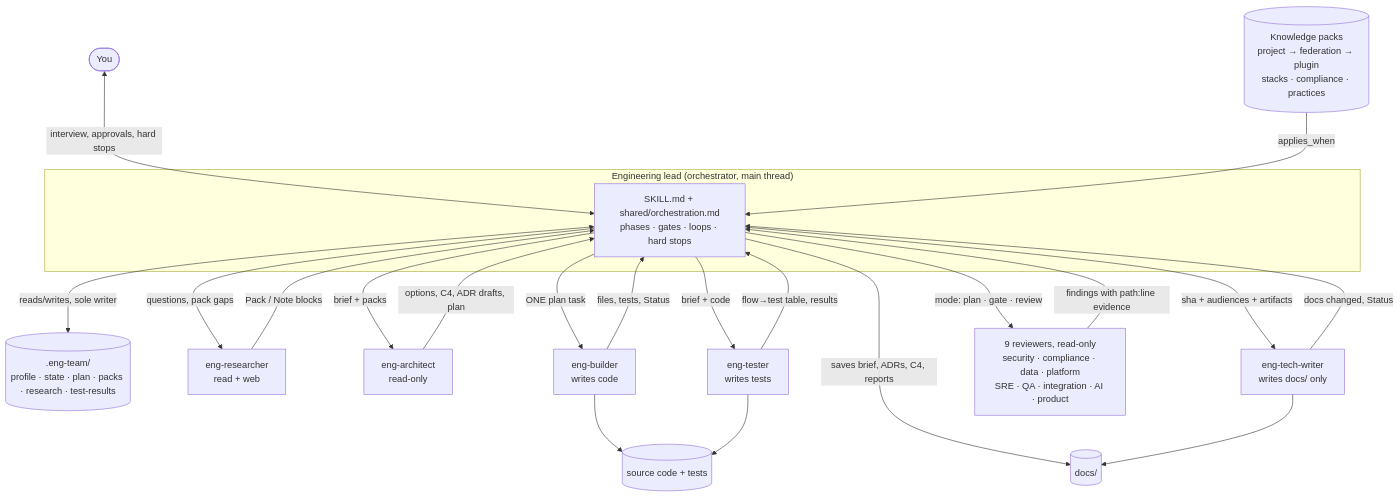
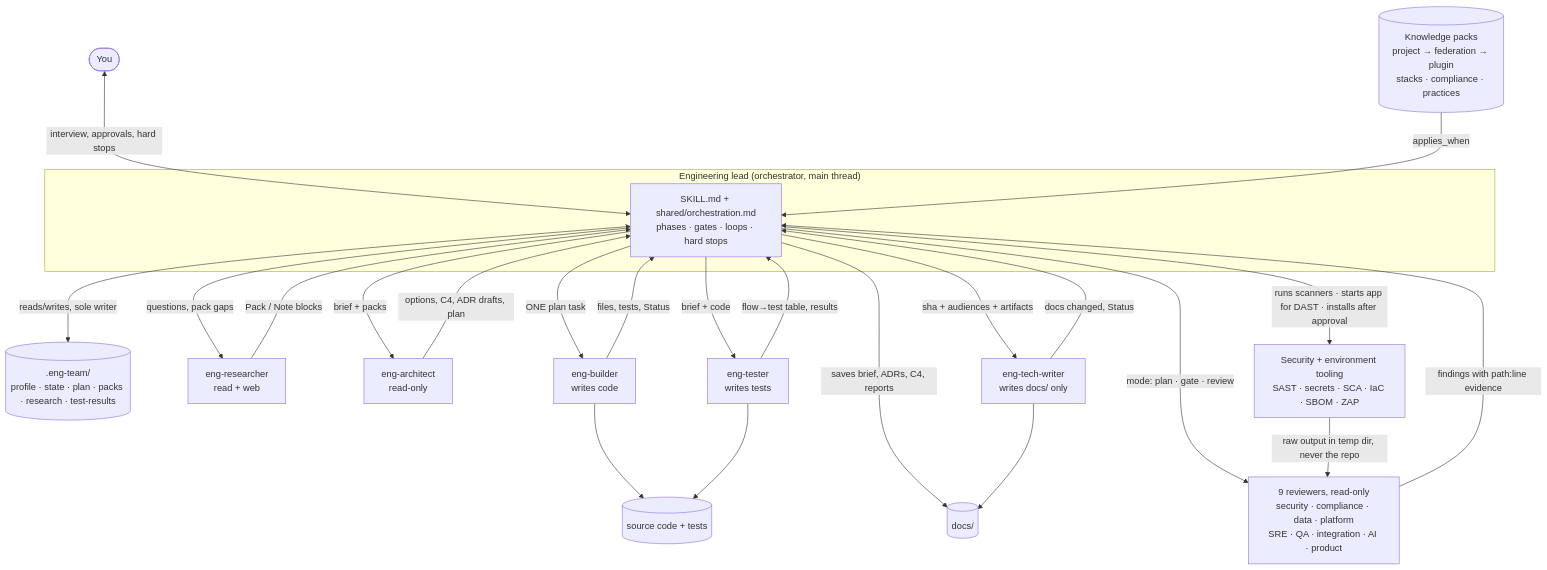
Before and after one commit to Yakoub-ai/engineering-team: the second of 2 diagrams in eng-team-plugin/README.md, drawn with Mermaid. The commit also changed other lines of this file and 19 other files, not shown here.

````diff
--- a/eng-team-plugin/README.md
+++ b/eng-team-plugin/README.md
@@ -136,29 +141,31 @@
 ```mermaid
 flowchart TB
   U([You]) <-->|interview, approvals, hard stops| L
 
   subgraph Lead["Engineering lead (orchestrator, main thread)"]
     L[SKILL.md + shared/orchestration.md<br/>phases · gates · loops · hard stops]
   end
 
   L <-->|reads/writes, sole writer| S[(.eng-team/<br/>profile · state · plan · packs · research · test-results)]
   K[(Knowledge packs<br/>project → federation → plugin<br/>stacks · compliance · practices)] -->|applies_when| L
 
   L -->|questions, pack gaps| RES[eng-researcher<br/>read + web]
   RES -->|Pack / Note blocks| L
   L -->|brief + packs| ARC[eng-architect<br/>read-only]
   ARC -->|options, C4, ADR drafts, plan| L
   L -->|ONE plan task| BLD[eng-builder<br/>writes code]
   BLD -->|files, tests, Status| L
   L -->|brief + code| TST[eng-tester<br/>writes tests]
   TST -->|flow→test table, results| L
   L -->|sha + audiences + artifacts| DOC[eng-tech-writer<br/>writes docs/ only]
   DOC -->|docs changed, Status| L
   L -->|mode: plan · gate · review| REV[9 reviewers, read-only<br/>security · compliance · data · platform<br/>SRE · QA · integration · AI · product]
   REV -->|findings with path:line evidence| L
+  L -->|runs scanners · starts app for DAST · installs after approval| SC[Security + environment tooling<br/>SAST · secrets · SCA · IaC · SBOM · ZAP]
+  SC -->|raw output in temp dir, never the repo| REV
 
   L -->|saves brief, ADRs, C4, reports| D[(docs/)]
   DOC --> D
   BLD --> C[(source code + tests)]
   TST --> C
 ```
````
